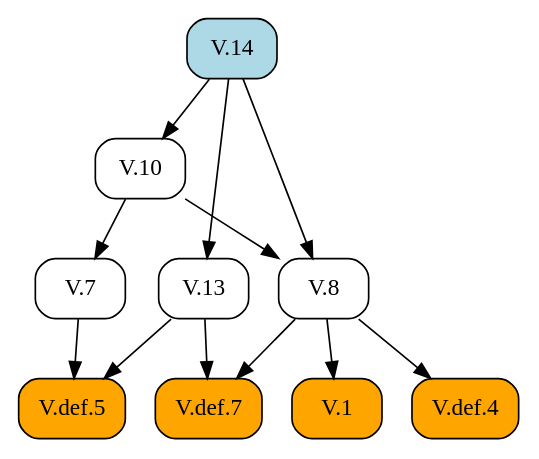
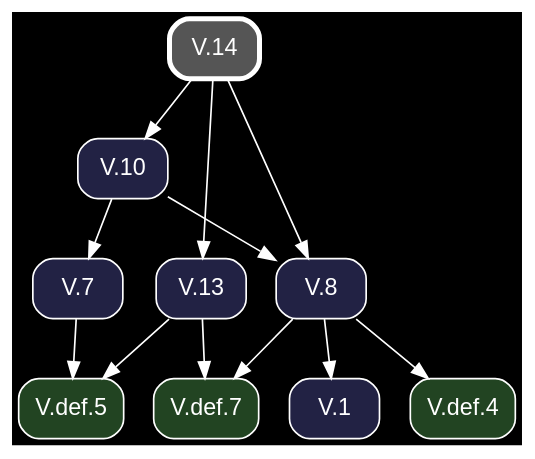
Before and after one commit to geometor/elements: the diagram in docsrc/heath/V/14/index.rst, drawn with Graphviz. The commit also changed other lines of this file and 1200 other files, not shown here.

Commit message:
update dependency graphs

```diff
--- a/docsrc/heath/V/14/index.rst
+++ b/docsrc/heath/V/14/index.rst
@@ -46,26 +46,28 @@
 .. graphviz::
 
    digraph {
+     bgcolor="black";
+     node [shape=box, style="rounded,filled", fontname="Helvetica", color="white", fontcolor="white"];
+     edge [color="white", fontcolor="white"];
      rankdir="TB";
-     node [shape=box, style=rounded];
-     "V.10" [URL="/heath/V/10/", target="_top"];
-     "V.def.7" [style="rounded,filled", fillcolor=orange, URL="/heath/V/def.7/", target="_top"];
-     "V.1" [style="rounded,filled", fillcolor=orange, URL="/heath/V/1/", target="_top"];
-     "V.13" [URL="/heath/V/13/", target="_top"];
-     "V.7" [URL="/heath/V/7/", target="_top"];
-     "V.14" [style="rounded,filled", fillcolor=lightblue, URL="/heath/V/14/", target="_top"];
-     "V.def.5" [style="rounded,filled", fillcolor=orange, URL="/heath/V/def.5/", target="_top"];
-     "V.def.4" [style="rounded,filled", fillcolor=orange, URL="/heath/V/def.4/", target="_top"];
-     "V.8" [URL="/heath/V/8/", target="_top"];
-     "V.14" -> "V.10";
+     "V.def.5" [fillcolor="#224422", URL="/heath/V/def.5/", target="_top"];
+     "V.1" [fillcolor="#222244", URL="/heath/V/1/", target="_top"];
+     "V.def.7" [fillcolor="#224422", URL="/heath/V/def.7/", target="_top"];
+     "V.def.4" [fillcolor="#224422", URL="/heath/V/def.4/", target="_top"];
+     "V.13" [fillcolor="#222244", URL="/heath/V/13/", target="_top"];
+     "V.8" [fillcolor="#222244", URL="/heath/V/8/", target="_top"];
+     "V.14" [penwidth=3, color="white", fillcolor="#555555", URL="/heath/V/14/", target="_top"];
+     "V.7" [fillcolor="#222244", URL="/heath/V/7/", target="_top"];
+     "V.10" [fillcolor="#222244", URL="/heath/V/10/", target="_top"];
+     "V.7" -> "V.def.5";
+     "V.13" -> "V.def.5";
+     "V.8" -> "V.1";
      "V.8" -> "V.def.7";
      "V.13" -> "V.def.7";
-     "V.8" -> "V.1";
+     "V.8" -> "V.def.4";
      "V.14" -> "V.13";
-     "V.10" -> "V.7";
-     "V.7" -> "V.def.5";
-     "V.13" -> "V.def.5";
-     "V.8" -> "V.def.4";
      "V.10" -> "V.8";
      "V.14" -> "V.8";
+     "V.10" -> "V.7";
+     "V.14" -> "V.10";
    }
```
